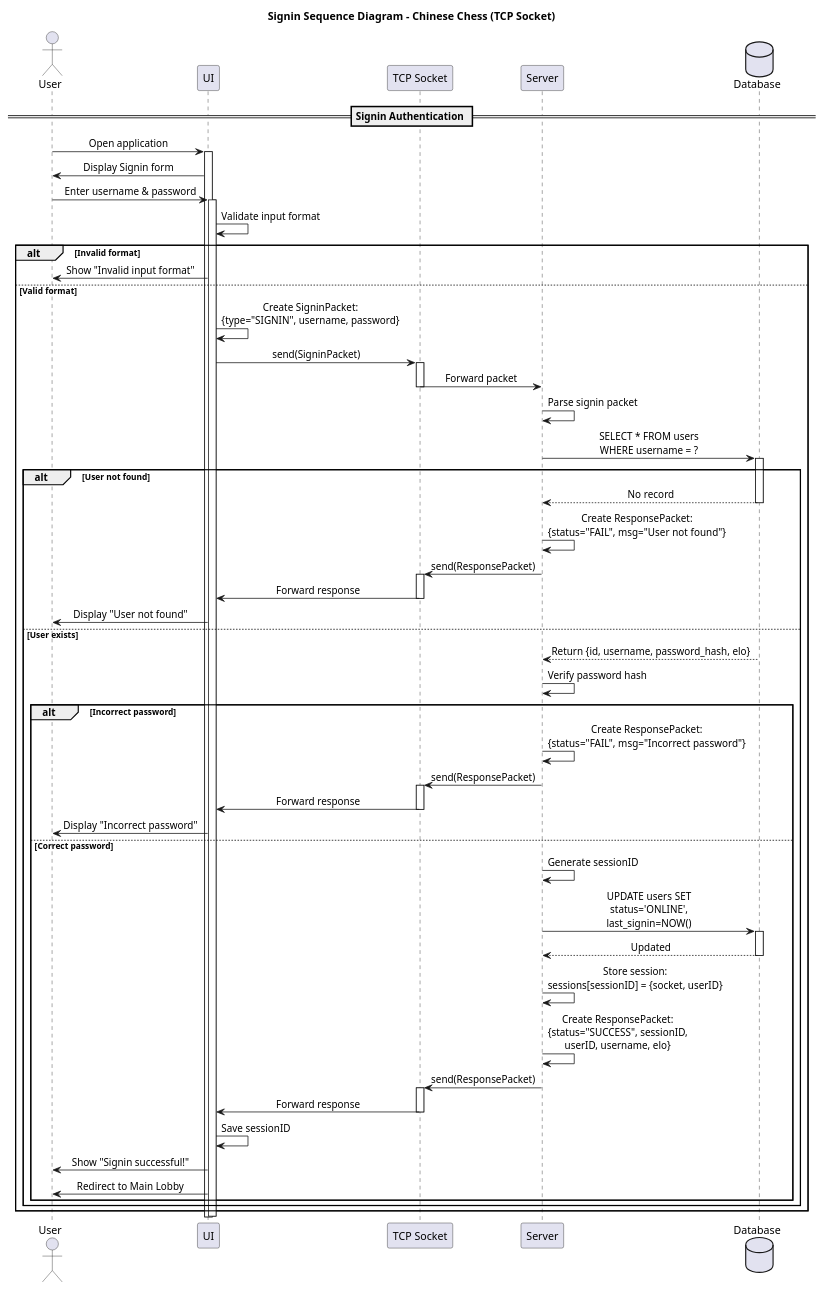
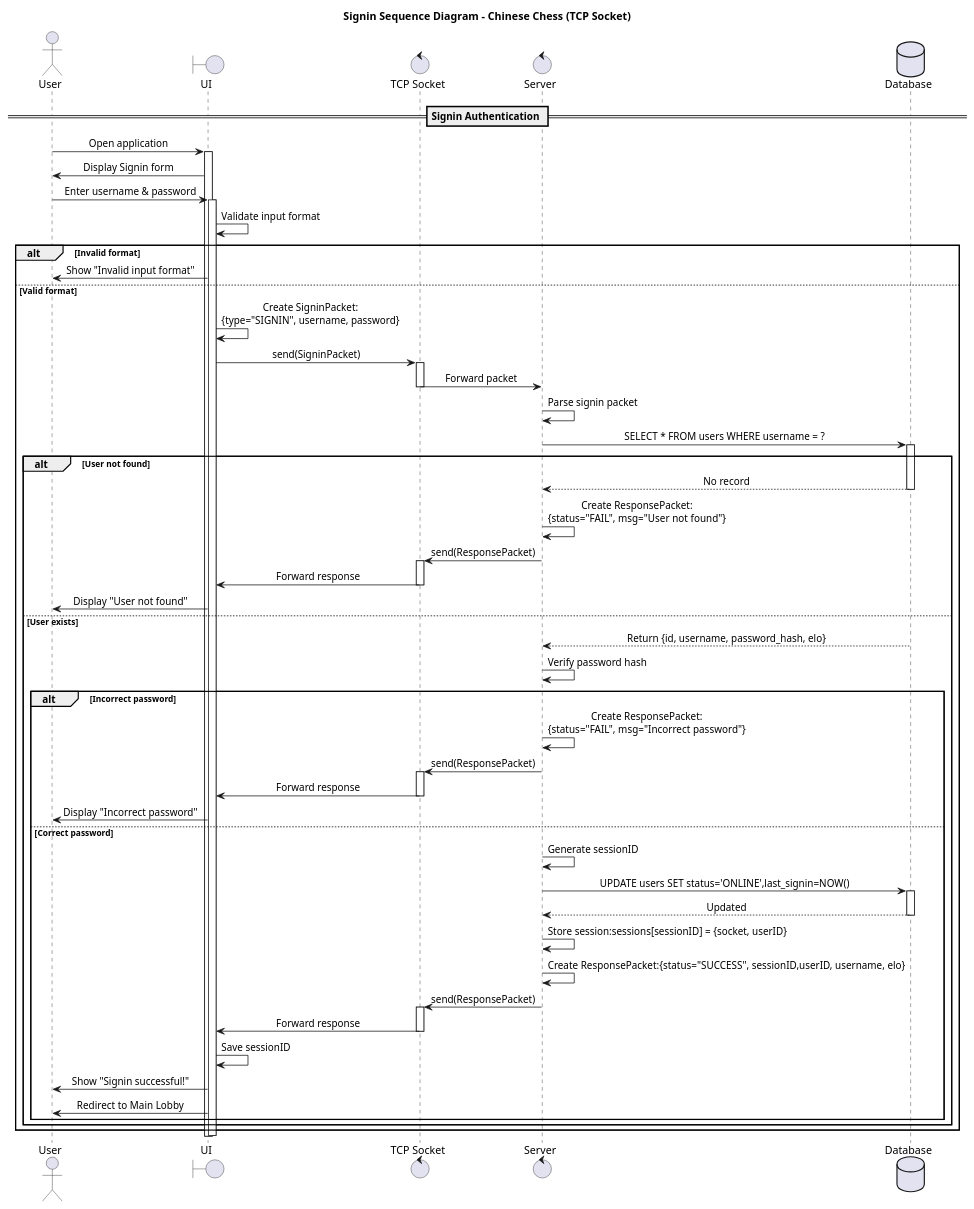
One commit to StrongDZ/Chinese-chess-nework-programming changed the diagram in SequenceDiagram/signin.puml. Above: the diagram before and after it, drawn with PlantUML. The commit also changed 39 other files, not shown here.

```diff
--- a/SequenceDiagram/signin.puml
+++ b/SequenceDiagram/signin.puml
@@ -1,90 +1,90 @@
 @startuml
 title Signin Sequence Diagram - Chinese Chess (TCP Socket)
 
 skinparam sequenceMessageAlign center
 skinparam responseMessageBelowArrow true
 
 actor User
-participant "UI" as UI
-participant "TCP Socket" as Socket
-participant "Server" as Server
+boundary "UI" as UI
+control "TCP Socket" as Socket
+control "Server" as Server
 database "Database" as DB
 
 == Signin Authentication ==
 User -> UI: Open application
 activate UI
 UI -> User: Display Signin form
 User -> UI: Enter username & password
 activate UI
 
 UI -> UI: Validate input format
 
 alt Invalid format
     UI -> User: Show "Invalid input format"
     
 else Valid format
     UI -> UI: Create SigninPacket:\n{type="SIGNIN", username, password}
     
     UI -> Socket: send(SigninPacket)
     activate Socket
     Socket -> Server: Forward packet
     deactivate Socket
     
     Server -> Server: Parse signin packet
-    Server -> DB: SELECT * FROM users\nWHERE username = ?
+    Server -> DB: SELECT * FROM users WHERE username = ?
     activate DB
     
     alt User not found
         DB --> Server: No record
         deactivate DB
         Server -> Server: Create ResponsePacket:\n{status="FAIL", msg="User not found"}
         
         Server -> Socket: send(ResponsePacket)
         activate Socket
         Socket -> UI: Forward response
         deactivate Socket
         UI -> User: Display "User not found"
         
     else User exists
         DB --> Server: Return {id, username, password_hash, elo}
         deactivate DB
         
         Server -> Server: Verify password hash
         
         alt Incorrect password
             Server -> Server: Create ResponsePacket:\n{status="FAIL", msg="Incorrect password"}
             
             Server -> Socket: send(ResponsePacket)
             activate Socket
             Socket -> UI: Forward response
             deactivate Socket
             UI -> User: Display "Incorrect password"
             
         else Correct password
             Server -> Server: Generate sessionID
             
-            Server -> DB: UPDATE users SET\nstatus='ONLINE',\nlast_signin=NOW()
+            Server -> DB: UPDATE users SET status='ONLINE',last_signin=NOW()
             activate DB
             DB --> Server: Updated
             deactivate DB
             
-            Server -> Server: Store session:\nsessions[sessionID] = {socket, userID}
+            Server -> Server: Store session:sessions[sessionID] = {socket, userID}
             
-            Server -> Server: Create ResponsePacket:\n{status="SUCCESS", sessionID,\nuserID, username, elo}
+            Server -> Server: Create ResponsePacket:{status="SUCCESS", sessionID,userID, username, elo}
             
             Server -> Socket: send(ResponsePacket)
             activate Socket
             Socket -> UI: Forward response
             deactivate Socket
             
             UI -> UI: Save sessionID
             UI -> User: Show "Signin successful!"
             UI -> User: Redirect to Main Lobby
         end
     end
 end
 
 deactivate UI
 deactivate Server
 
 @enduml
```
